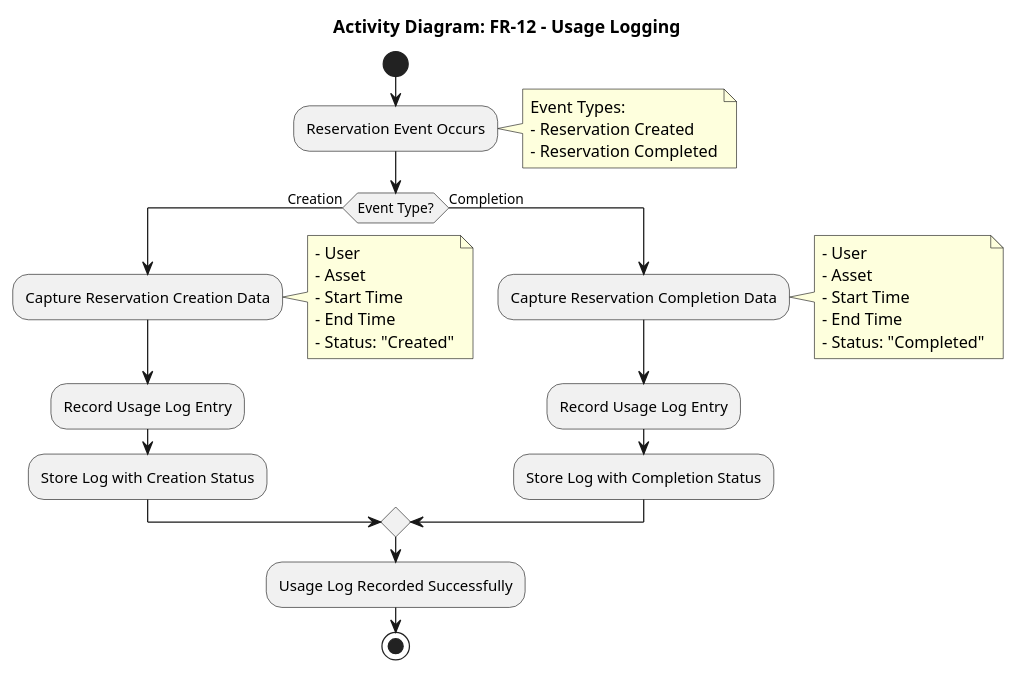
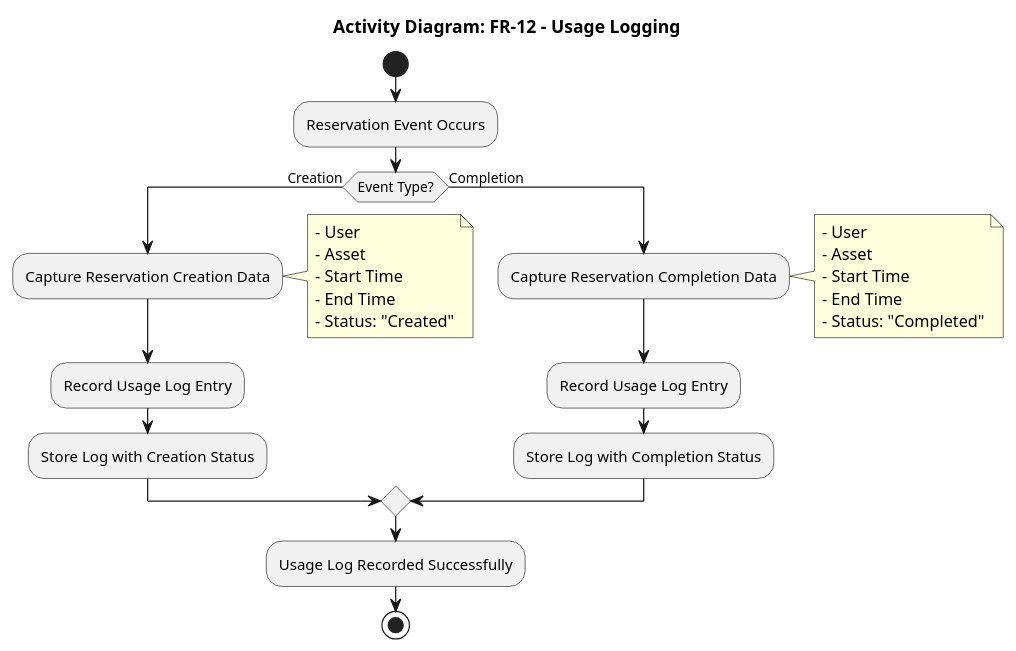
The diagram in design/activity_diagrams/AD-12 Usage Logging.puml (Farzaanw/Lab-Asset-Management-System), drawn with PlantUML before and after one commit.

Commit message:
Update AD-12 Usage Logging.puml
added recommended changes from quinn

```diff
--- a/design/activity_diagrams/AD-12 Usage Logging.puml
+++ b/design/activity_diagrams/AD-12 Usage Logging.puml
@@ -1,49 +1,45 @@
 @startuml FR-12_Usage_Logging
 
 title Activity Diagram: FR-12 - Usage Logging
 
 |System|
 start
 
 :Reservation Event Occurs;
-note right
-  Event Types:
-  - Reservation Created
-  - Reservation Completed
-end note
 
 if (Event Type?) then (Creation)
   :Capture Reservation Creation Data;
   note right
     - User
     - Asset
     - Start Time
     - End Time
     - Status: "Created"
   end note
   
   :Record Usage Log Entry;
   
   :Store Log with Creation Status;
   
 else (Completion)
   :Capture Reservation Completion Data;
   note right
     - User
     - Asset
     - Start Time
     - End Time
     - Status: "Completed"
   end note
   
   :Record Usage Log Entry;
   
   :Store Log with Completion Status;
   
 endif
 
 :Usage Log Recorded Successfully;
 
 stop
 
+
 @enduml
```
